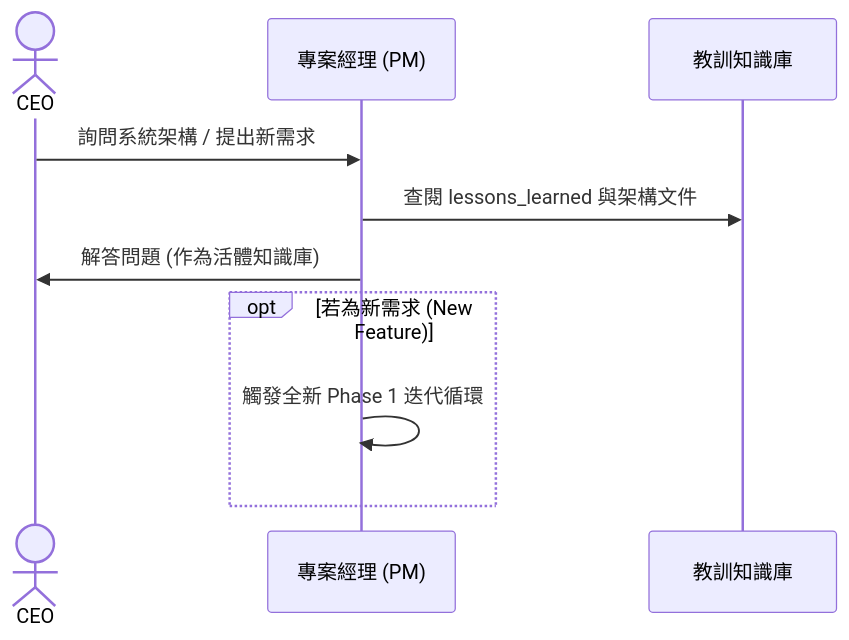
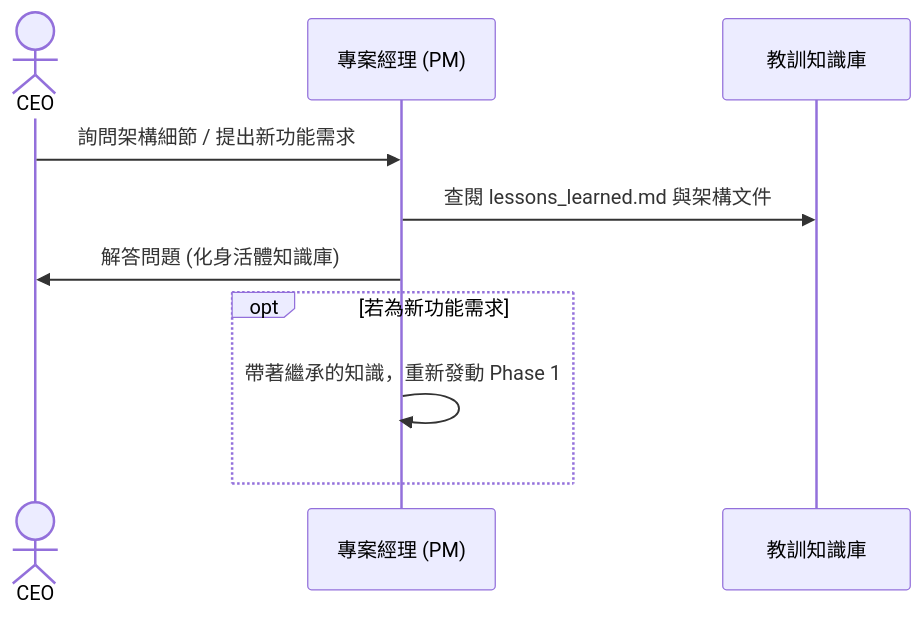
Before and after one commit to vip3310495-Johnny/Johnny-project-team-plugin: the seventh of 8 diagrams in README.md, drawn with Mermaid. The commit also changed other lines of this file, not shown here.

Commit message:
fix: Resolve markdown rendering bug for Phase 0 and update Phase 5/6 details

````diff
--- a/README.md
+++ b/README.md
@@ -236,12 +235,12 @@
 ```mermaid
 sequenceDiagram
     actor CEO
     participant PM as 專案經理 (PM)
     participant KB as 教訓知識庫
-    CEO->>PM: 詢問系統架構 / 提出新需求
-    PM->>KB: 查閱 lessons_learned 與架構文件
-    PM->>CEO: 解答問題 (作為活體知識庫)
-    opt 若為新需求 (New Feature)
-        PM->>PM: 觸發全新 Phase 1 迭代循環
+    CEO->>PM: 詢問架構細節 / 提出新功能需求
+    PM->>KB: 查閱 lessons_learned.md 與架構文件
+    PM->>CEO: 解答問題 (化身活體知識庫)
+    opt 若為新功能需求
+        PM->>PM: 帶著繼承的知識，重新發動 Phase 1
     end
 ```
````
